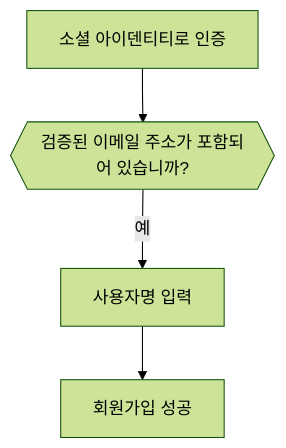
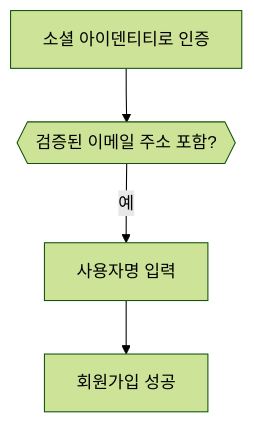
One commit to logto-io/docs changed the third of 6 diagrams in i18n/ko/docusaurus-plugin-content-docs/current/end-user-flows/sign-up-and-sign-in/social-sign-in.mdx. Above: the diagram before and after it, drawn with Mermaid (forest theme). The commit also changed other lines of this file and 67 other files, not shown here.

````diff
--- a/i18n/ko/docusaurus-plugin-content-docs/current/end-user-flows/sign-up-and-sign-in/social-sign-in.mdx
+++ b/i18n/ko/docusaurus-plugin-content-docs/current/end-user-flows/sign-up-and-sign-in/social-sign-in.mdx
@@ -116,6 +118,6 @@
    ```mermaid
    flowchart TD
-      A[소셜 아이덴티티로 인증] --> B{{검증된 이메일 주소가 포함되어 있습니까?}}
+      A[소셜 아이덴티티로 인증] --> B{{검증된 이메일 주소 포함?}}
       B -- 예 --> C[사용자명 입력]
       C --> D[회원가입 성공]
    ```
````
